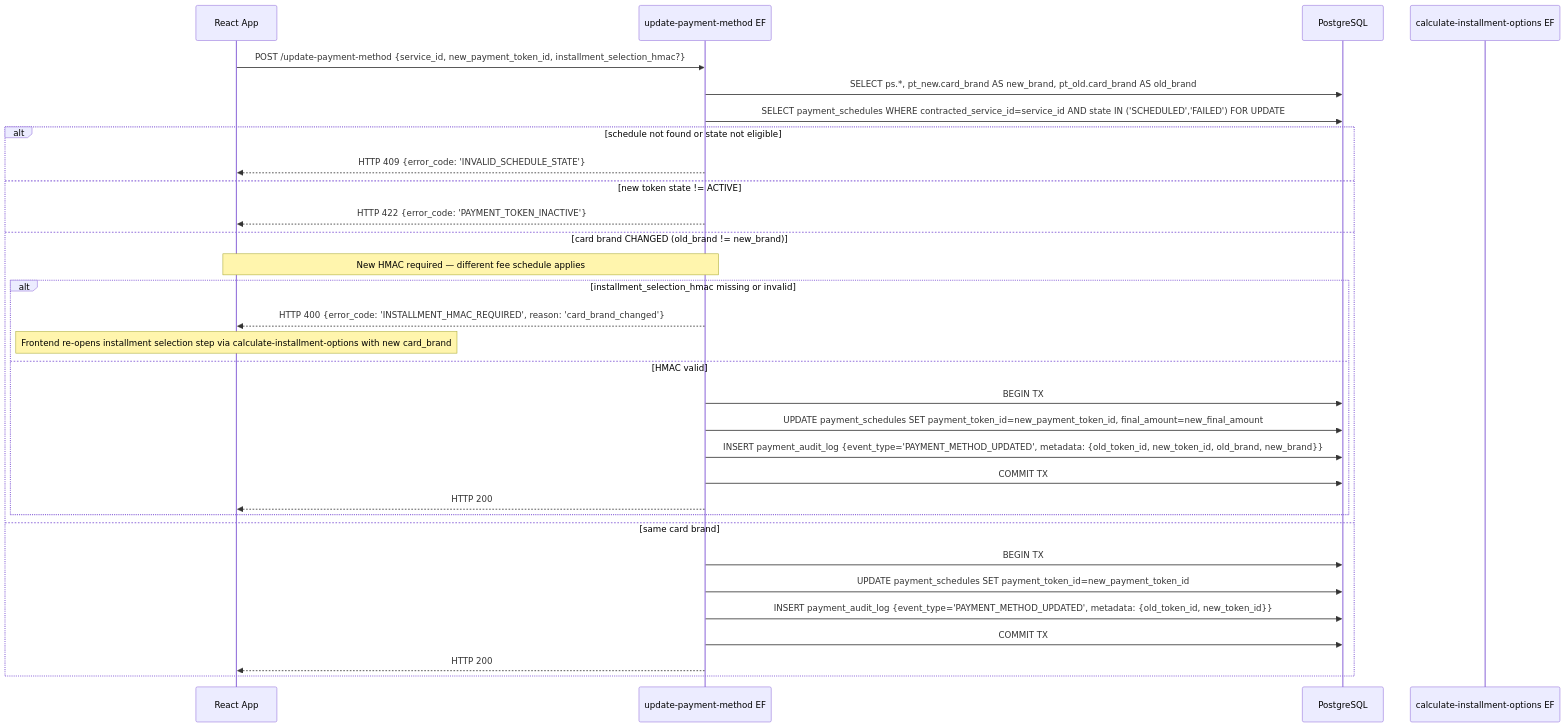
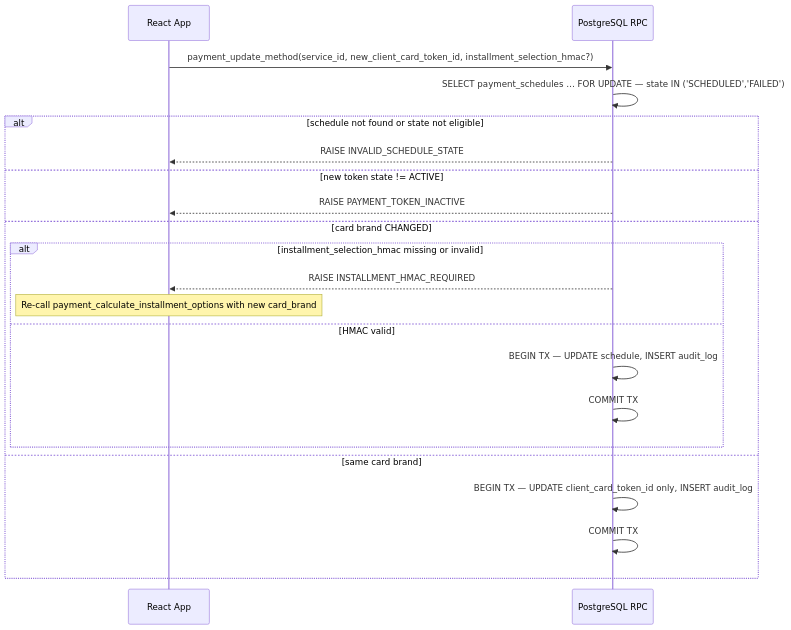
One commit to higorpo/renovi-orbit-test changed diagram 11 of 18 in docs/payment-system/design.md. Above: the diagram before and after it, drawn with Mermaid. The commit also changed other lines of this file and 4 other files, not shown here.

````diff
--- a/docs/payment-system/design.md
+++ b/docs/payment-system/design.md
@@ -784,35 +1186,24 @@
 ```mermaid
 sequenceDiagram
     participant UI as React App
-    participant EF as update-payment-method EF
-    participant PG as PostgreSQL
-    participant CIF as calculate-installment-options EF
+    participant PG as PostgreSQL RPC
 
-    UI->>EF: POST /update-payment-method {service_id, new_payment_token_id, installment_selection_hmac?}
-    EF->>PG: SELECT ps.*, pt_new.card_brand AS new_brand, pt_old.card_brand AS old_brand
-    EF->>PG: SELECT payment_schedules WHERE contracted_service_id=service_id AND state IN ('SCHEDULED','FAILED') FOR UPDATE
-
+    UI->>PG: payment_update_method(service_id, new_client_card_token_id, installment_selection_hmac?)
+    PG->>PG: SELECT payment_schedules … FOR UPDATE — state IN ('SCHEDULED','FAILED')
     alt schedule not found or state not eligible
-        EF-->>UI: HTTP 409 {error_code: 'INVALID_SCHEDULE_STATE'}
+        PG-->>UI: RAISE INVALID_SCHEDULE_STATE
     else new token state != ACTIVE
-        EF-->>UI: HTTP 422 {error_code: 'PAYMENT_TOKEN_INACTIVE'}
-    else card brand CHANGED (old_brand != new_brand)
-        Note over EF,UI: New HMAC required — different fee schedule applies
+        PG-->>UI: RAISE PAYMENT_TOKEN_INACTIVE
+    else card brand CHANGED
         alt installment_selection_hmac missing or invalid
-            EF-->>UI: HTTP 400 {error_code: 'INSTALLMENT_HMAC_REQUIRED', reason: 'card_brand_changed'}
-            Note over UI: Frontend re-opens installment selection step via calculate-installment-options with new card_brand
+            PG-->>UI: RAISE INSTALLMENT_HMAC_REQUIRED
+            Note over UI: Re-call payment_calculate_installment_options with new card_brand
         else HMAC valid
-            EF->>PG: BEGIN TX
-            EF->>PG: UPDATE payment_schedules SET payment_token_id=new_payment_token_id, final_amount=new_final_amount
-            EF->>PG: INSERT payment_audit_log {event_type='PAYMENT_METHOD_UPDATED', metadata: {old_token_id, new_token_id, old_brand, new_brand}}
-            EF->>PG: COMMIT TX
-            EF-->>UI: HTTP 200
+            PG->>PG: BEGIN TX — UPDATE schedule, INSERT audit_log
+            PG->>PG: COMMIT TX
         end
     else same card brand
-        EF->>PG: BEGIN TX
-        EF->>PG: UPDATE payment_schedules SET payment_token_id=new_payment_token_id
-        EF->>PG: INSERT payment_audit_log {event_type='PAYMENT_METHOD_UPDATED', metadata: {old_token_id, new_token_id}}
-        EF->>PG: COMMIT TX
-        EF-->>UI: HTTP 200
+        PG->>PG: BEGIN TX — UPDATE client_card_token_id only, INSERT audit_log
+        PG->>PG: COMMIT TX
     end
 ```
````
